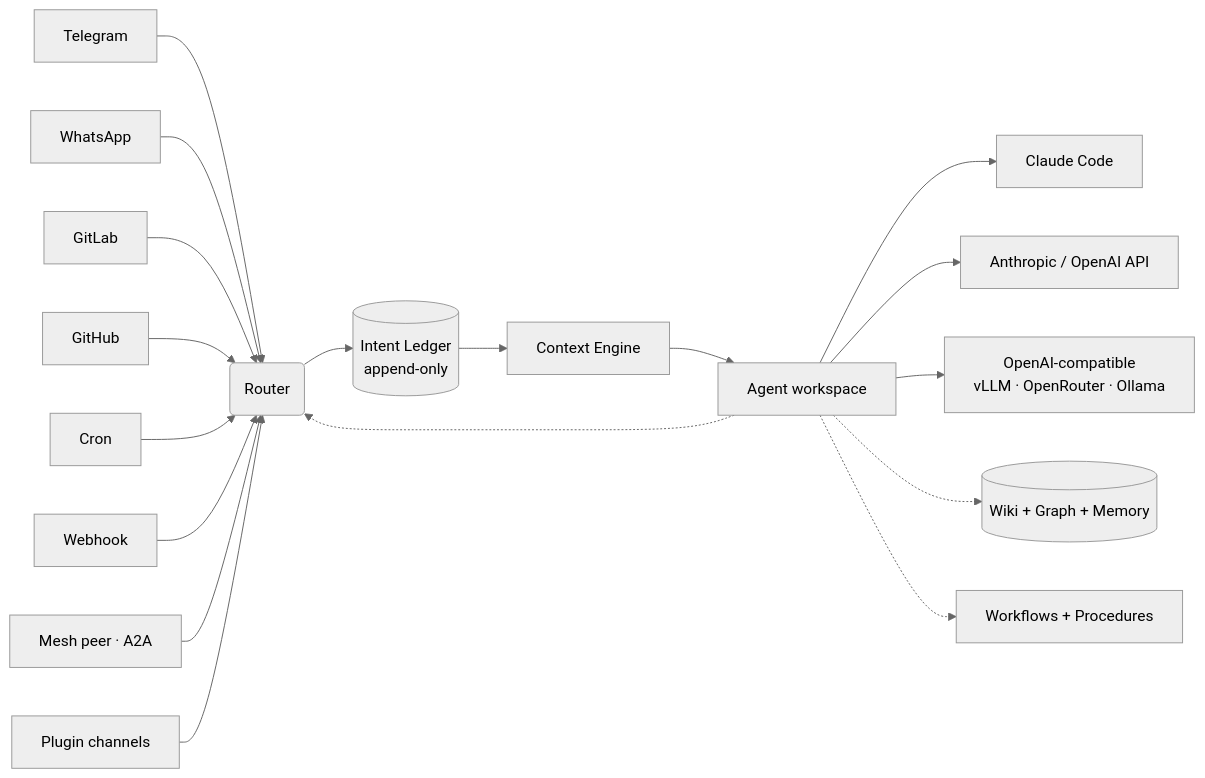
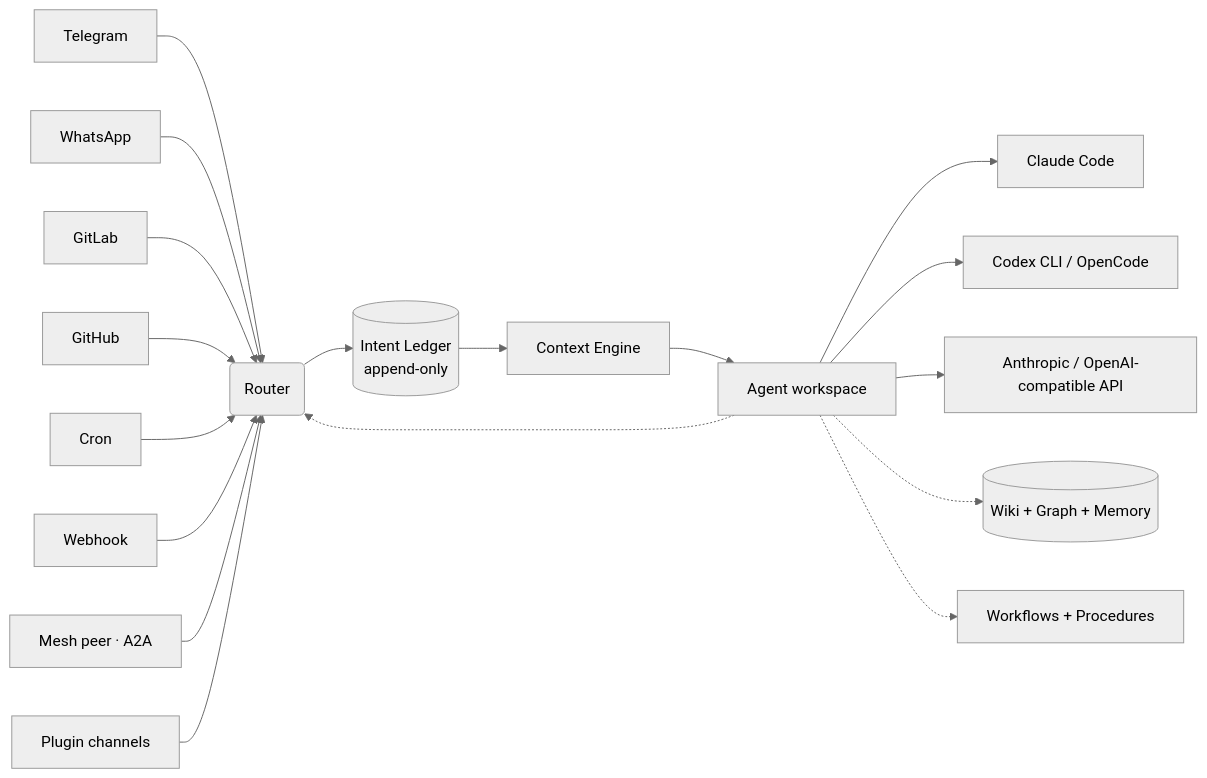
The diagram in README.md (anis-marrouchi/agentx), drawn with Mermaid (neutral theme) before and after one commit. The commit also changed other lines of this file and 25 other files, not shown here.

First line of the commit message:
feat: add support for OpenCode execution tier

````diff
--- a/README.md
+++ b/README.md
@@ -116,20 +116,20 @@
 ```mermaid
 graph LR
   T[Telegram] --> R(Router)
   W[WhatsApp] --> R
   G[GitLab] --> R
   GH[GitHub] --> R
   C[Cron] --> R
   H[Webhook] --> R
   M[Mesh peer · A2A] --> R
   PL[Plugin channels] --> R
   R --> LDG[(Intent Ledger<br/>append-only)]
   LDG --> CTX[Context Engine]
   CTX --> AG[Agent workspace]
-  AG --> P1[Claude Code]
-  AG --> P2[Anthropic / OpenAI API]
-  AG --> P3[OpenAI-compatible<br/>vLLM · OpenRouter · Ollama]
+    AG --> P1[Claude Code]
+    AG --> P2[Codex CLI / OpenCode]
+    AG --> P3[Anthropic / OpenAI-compatible API]
   AG -.-> MEM[(Wiki + Graph + Memory)]
   AG -.-> WF[Workflows + Procedures]
   AG -.-> R
 ```
````
